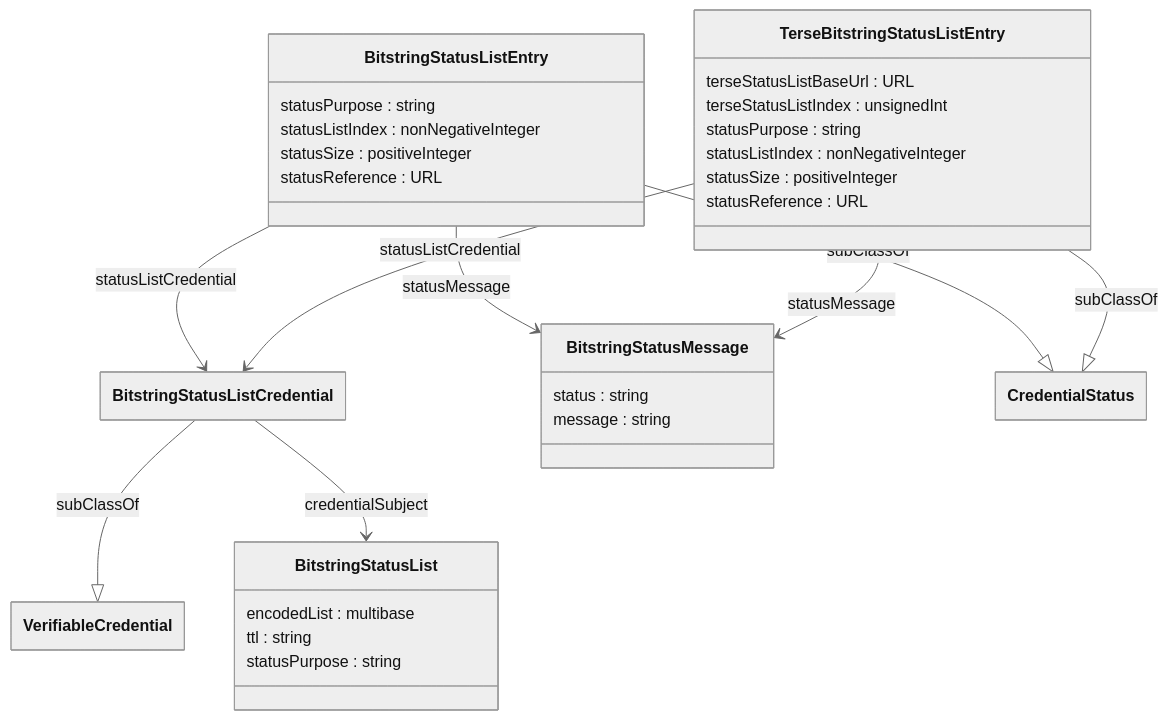
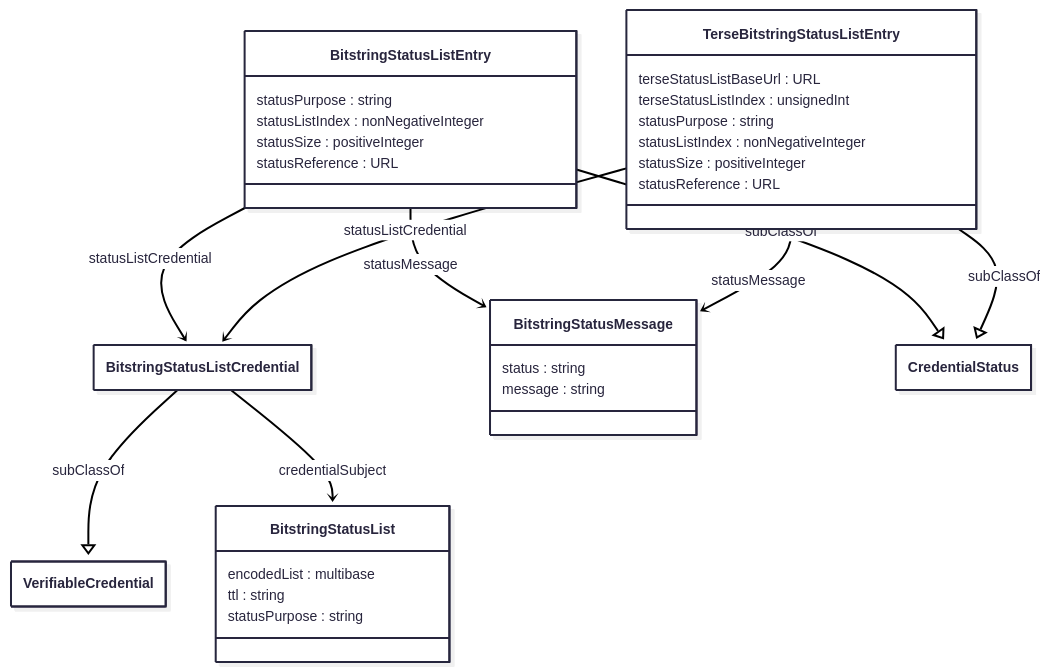
One commit to iherman/previews-yml2vocab changed the diagram in sl/vocabulary.mmd. Above: the diagram before and after it, drawn with Mermaid. The commit also changed 4 other files, not shown here.

```diff
--- a/sl/vocabulary.mmd
+++ b/sl/vocabulary.mmd
@@ -1,45 +1,53 @@
+
 %%{
-    init: {
-        "theme" : "neutral",
+     init: {
+        "theme" : "redux",
+        "layout" : "dagree",
+        "look" : "neo",
         "class": {
             "hideEmptyMembersBox": true
         }
     }
 }%%
 classDiagram
+    direction TB
+    accTitle: Bitstring Status List Vocabulary v1.1
+    accDescr {
+        RDFS vocabulary used by the VC Status List v1.1 specification, represented as a Mermaid class diagram.
+    }
     class BitstringStatusList {
         encodedList : multibase
         ttl : string
         statusPurpose : string
     }
     class BitstringStatusListEntry {
         statusPurpose : string
         statusListIndex : nonNegativeInteger
         statusSize : positiveInteger
         statusReference : URL
     }
     class BitstringStatusListCredential {}
     class BitstringStatusMessage {
         status : string
         message : string
     }
     class TerseBitstringStatusListEntry {
         terseStatusListBaseUrl : URL
         terseStatusListIndex : unsignedInt
         statusPurpose : string
         statusListIndex : nonNegativeInteger
         statusSize : positiveInteger
         statusReference : URL
     }
 
 
     BitstringStatusListEntry --|> CredentialStatus : subClassOf
     BitstringStatusListCredential --|> VerifiableCredential : subClassOf
     TerseBitstringStatusListEntry --|> CredentialStatus : subClassOf
 
     BitstringStatusListEntry --> BitstringStatusListCredential : statusListCredential
     BitstringStatusListEntry --> BitstringStatusMessage : statusMessage
     TerseBitstringStatusListEntry --> BitstringStatusListCredential : statusListCredential
     TerseBitstringStatusListEntry --> BitstringStatusMessage : statusMessage
 
     BitstringStatusListCredential --> BitstringStatusList : credentialSubject
```
